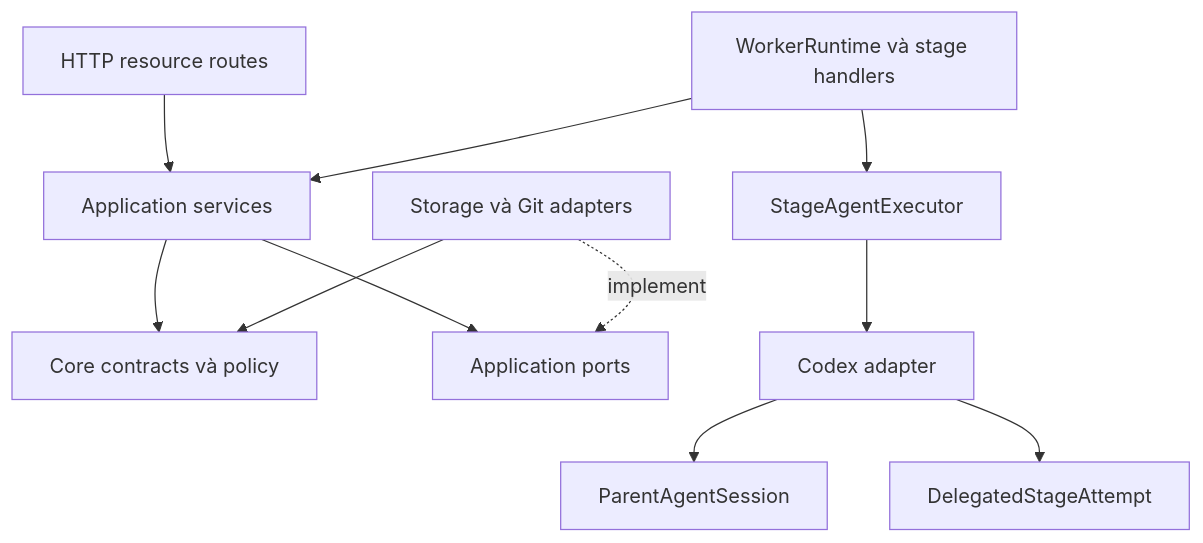
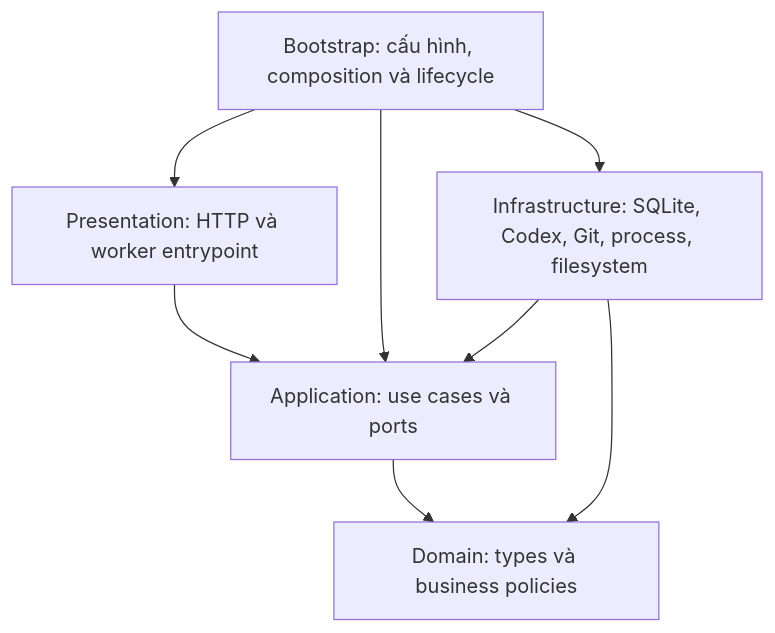
The first of 2 diagrams in docs/backend-architecture.md (anhkhoa1408/agent-harness-local), drawn with Mermaid before and after one commit. The commit also changed other lines of this file and 283 other files, not shown here.

Commit message:
refactor: move pipeline and I/O behind clean architecture boundaries

````diff
--- a/docs/backend-architecture.md
+++ b/docs/backend-architecture.md
@@ -5,13 +5,10 @@
 ```mermaid
 flowchart TD
-  HTTP[HTTP resource routes] --> APP[Application services]
-  WORKER[WorkerRuntime và stage handlers] --> APP
-  APP --> CORE[Core contracts và policy]
-  APP --> PORTS[Application ports]
-  ADAPTERS[Storage và Git adapters] -. implement .-> PORTS
-  WORKER --> EXEC[StageAgentExecutor]
-  EXEC --> CODEX[Codex adapter]
-  CODEX --> PARENT[ParentAgentSession]
-  CODEX --> ATTEMPT[DelegatedStageAttempt]
-  ADAPTERS --> CORE
+  P[Presentation: HTTP và worker entrypoint] --> A[Application: use cases và ports]
+  A --> D[Domain: types và business policies]
+  I[Infrastructure: SQLite, Codex, Git, process, filesystem] --> A
+  I --> D
+  B[Bootstrap: cấu hình, composition và lifecycle] --> P
+  B --> A
+  B --> I
 ```
````
